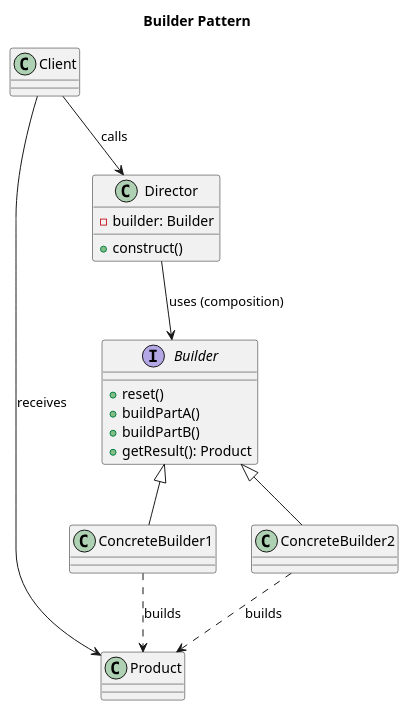
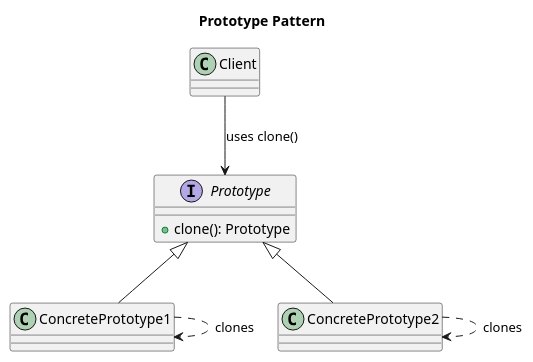
The diagram in src/examples/design_patterns/creational/builder_diagramm.puml (Practical-Python-Development/examples), drawn with PlantUML before and after one commit.

Commit message:
added builder pattern example code and diagram

```diff
--- a/src/examples/design_patterns/creational/builder_diagramm.puml
+++ b/src/examples/design_patterns/creational/builder_diagramm.puml
@@ -1,38 +1,24 @@
 @startuml
-title Builder Pattern
+title Prototype Pattern
 
-' --- Product ---
-class Product
-
-' --- Abstract Builder ---
-interface Builder {
-    +reset()
-    +buildPartA()
-    +buildPartB()
-    +getResult(): Product
+' --- Prototype Interface ---
+interface Prototype {
+    +clone(): Prototype
 }
 
-' --- Concrete Builders ---
-class ConcreteBuilder1
-class ConcreteBuilder2
+' --- Concrete Prototypes ---
+class ConcretePrototype1
+class ConcretePrototype2
 
-Builder <|-- ConcreteBuilder1
-Builder <|-- ConcreteBuilder2
-ConcreteBuilder1 ..> Product : builds
-ConcreteBuilder2 ..> Product : builds
+Prototype <|-- ConcretePrototype1
+Prototype <|-- ConcretePrototype2
 
-' --- Director ---
-class Director {
-    -builder: Builder
-    +construct()
-}
-
-Director --> Builder : uses (composition)
+ConcretePrototype1 ..> ConcretePrototype1 : clones
+ConcretePrototype2 ..> ConcretePrototype2 : clones
 
 ' --- Client ---
 class Client
 
-Client --> Director : calls
-Client --> Product : receives
+Client --> Prototype : uses clone()
 
 @enduml
```
